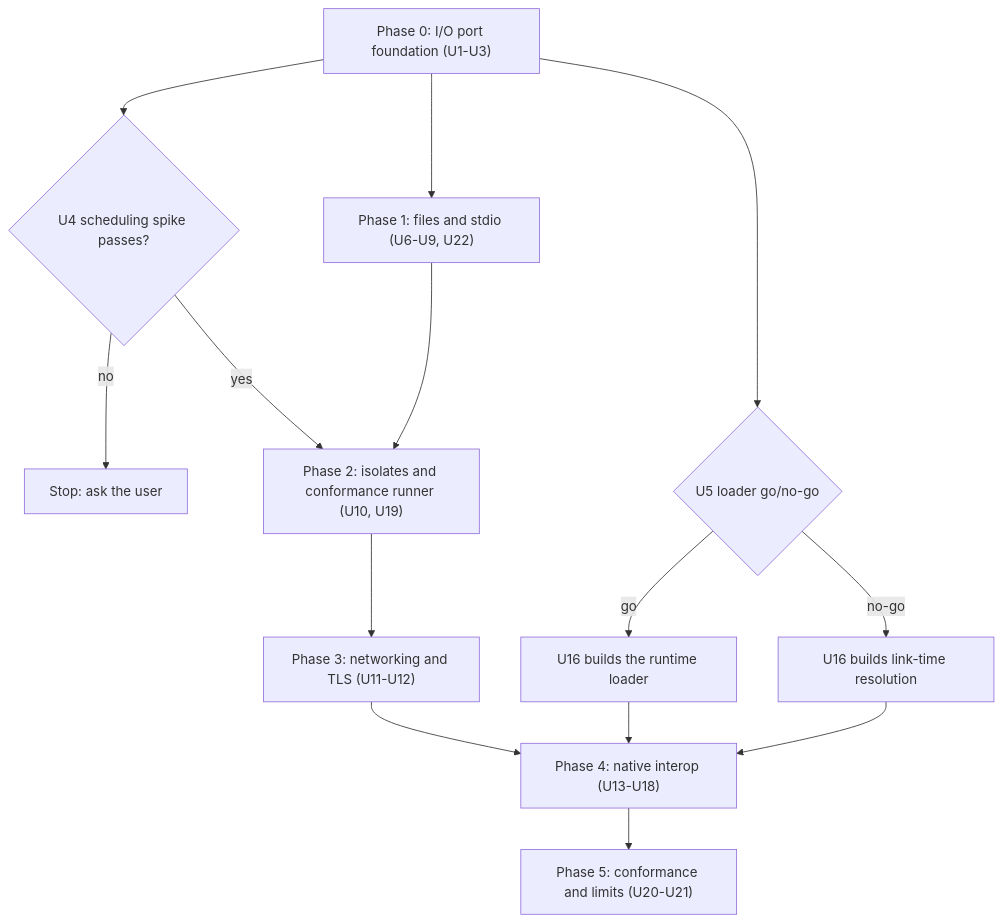
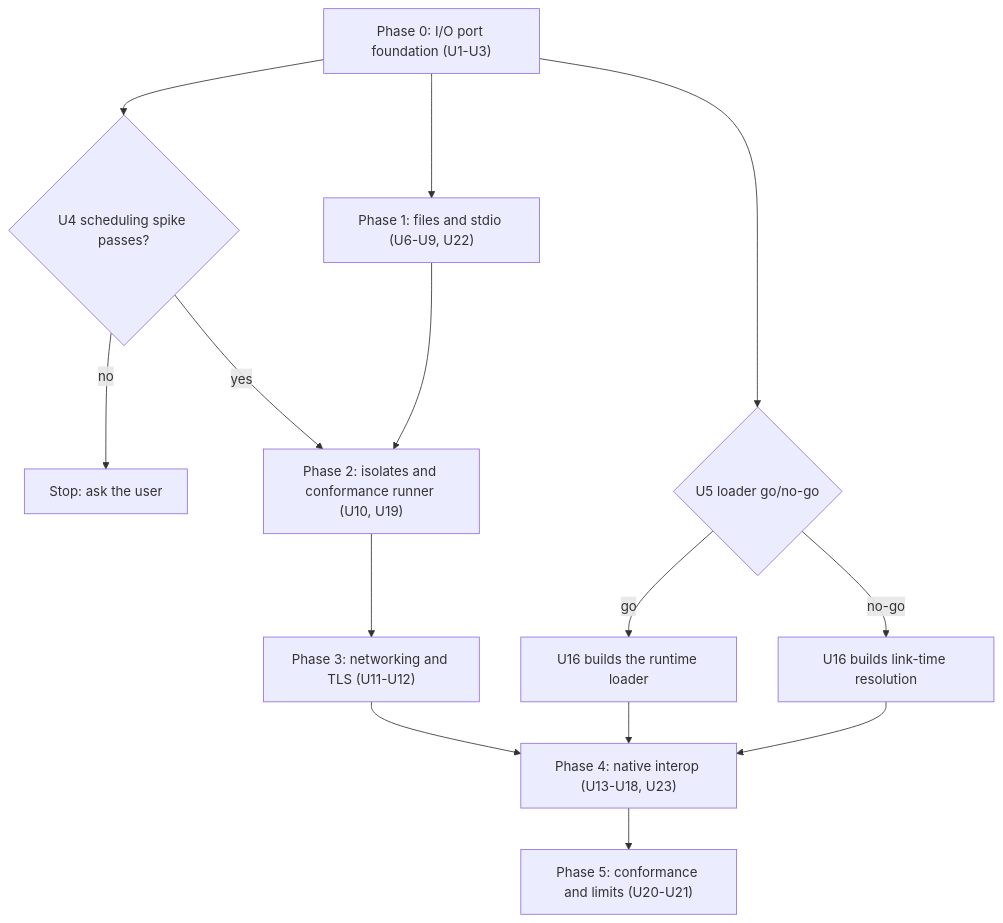
Before and after one commit to getBoolean/dartbrew: the second of 3 diagrams in docs/plans/2026-11-20-1741-feat-full-dart-compatibility-plan.md, drawn with Mermaid. The commit also changed other lines of this file, not shown here.

First line of the commit message:
docs(plans): add FFIgen direct native interop (U23)

````diff
--- a/docs/plans/2026-11-20-1741-feat-full-dart-compatibility-plan.md
+++ b/docs/plans/2026-11-20-1741-feat-full-dart-compatibility-plan.md
@@ -177,16 +180,16 @@
 ```mermaid
 flowchart TB
   P0["Phase 0: I/O port foundation (U1-U3)"] --> P1["Phase 1: files and stdio (U6-U9, U22)"]
   P0 --> S1{"U4 scheduling spike passes?"}
   S1 -->|no| STOP1["Stop: ask the user"]
   S1 -->|yes| P2
   P1 --> P2["Phase 2: isolates and conformance runner (U10, U19)"]
   P2 --> P3["Phase 3: networking and TLS (U11-U12)"]
   P0 --> S2{"U5 loader go/no-go"}
   S2 -->|go| L1["U16 builds the runtime loader"]
   S2 -->|no-go| L2["U16 builds link-time resolution"]
-  P3 --> P4["Phase 4: native interop (U13-U18)"]
+  P3 --> P4["Phase 4: native interop (U13-U18, U23)"]
   L1 --> P4
   L2 --> P4
   P4 --> P5["Phase 5: conformance and limits (U20-U21)"]
 ```
````
